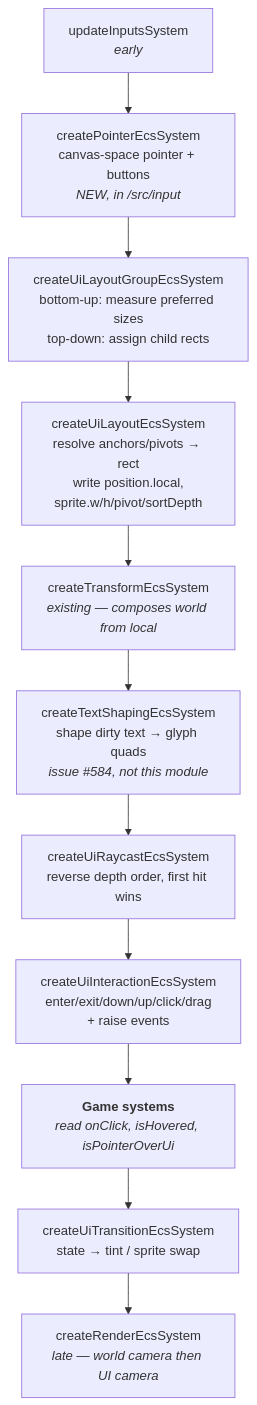
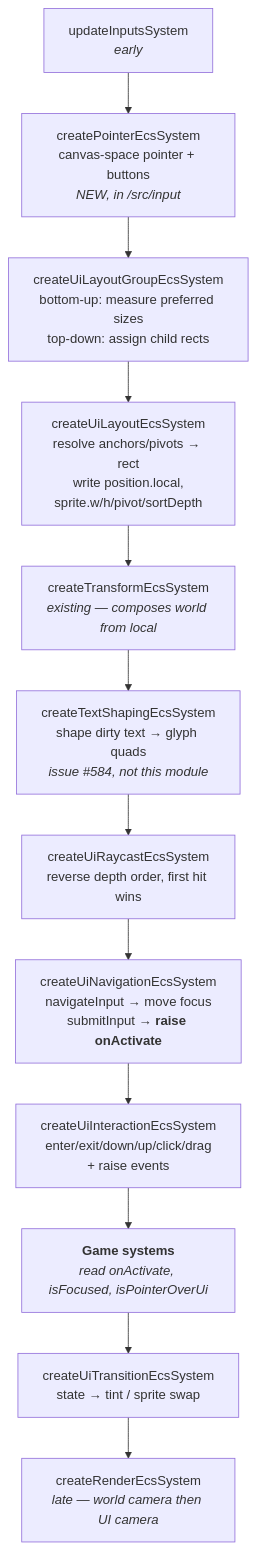
Before and after one commit to Forge-Game-Engine/Forge: the third of 7 diagrams in design/ui-system.md, drawn with Mermaid. The commit also changed other lines of this file and 1 other file, not shown here.

````diff
--- a/design/ui-system.md
+++ b/design/ui-system.md
@@ -325,16 +333,17 @@
 ```mermaid
 flowchart TD
     IN["updateInputsSystem<br/><i>early</i>"]
     PTR["createPointerEcsSystem<br/>canvas-space pointer + buttons<br/><i>NEW, in /src/input</i>"]
     LG["createUiLayoutGroupEcsSystem<br/>bottom-up: measure preferred sizes<br/>top-down: assign child rects"]
     UL["createUiLayoutEcsSystem<br/>resolve anchors/pivots → rect<br/>write position.local,<br/>sprite.w/h/pivot/sortDepth"]
     TS["createTransformEcsSystem<br/><i>existing — composes world from local</i>"]
     TX["createTextShapingEcsSystem<br/>shape dirty text → glyph quads<br/><i>issue #584, not this module</i>"]
     RC["createUiRaycastEcsSystem<br/>reverse depth order, first hit wins"]
+    NAV["createUiNavigationEcsSystem<br/>navigateInput → move focus<br/>submitInput → <b>raise onActivate</b>"]
     UI2["createUiInteractionEcsSystem<br/>enter/exit/down/up/click/drag<br/>+ raise events"]
-    W["<b>Game systems</b><br/><i>read onClick, isHovered, isPointerOverUi</i>"]
+    W["<b>Game systems</b><br/><i>read onActivate, isFocused, isPointerOverUi</i>"]
     TR["createUiTransitionEcsSystem<br/>state → tint / sprite swap"]
     RS["createRenderEcsSystem<br/><i>late — world camera then UI camera</i>"]
 
-    IN --> PTR --> LG --> UL --> TS --> TX --> RC --> UI2 --> W --> TR --> RS
+    IN --> PTR --> LG --> UL --> TS --> TX --> RC --> NAV --> UI2 --> W --> TR --> RS
 ```
````
